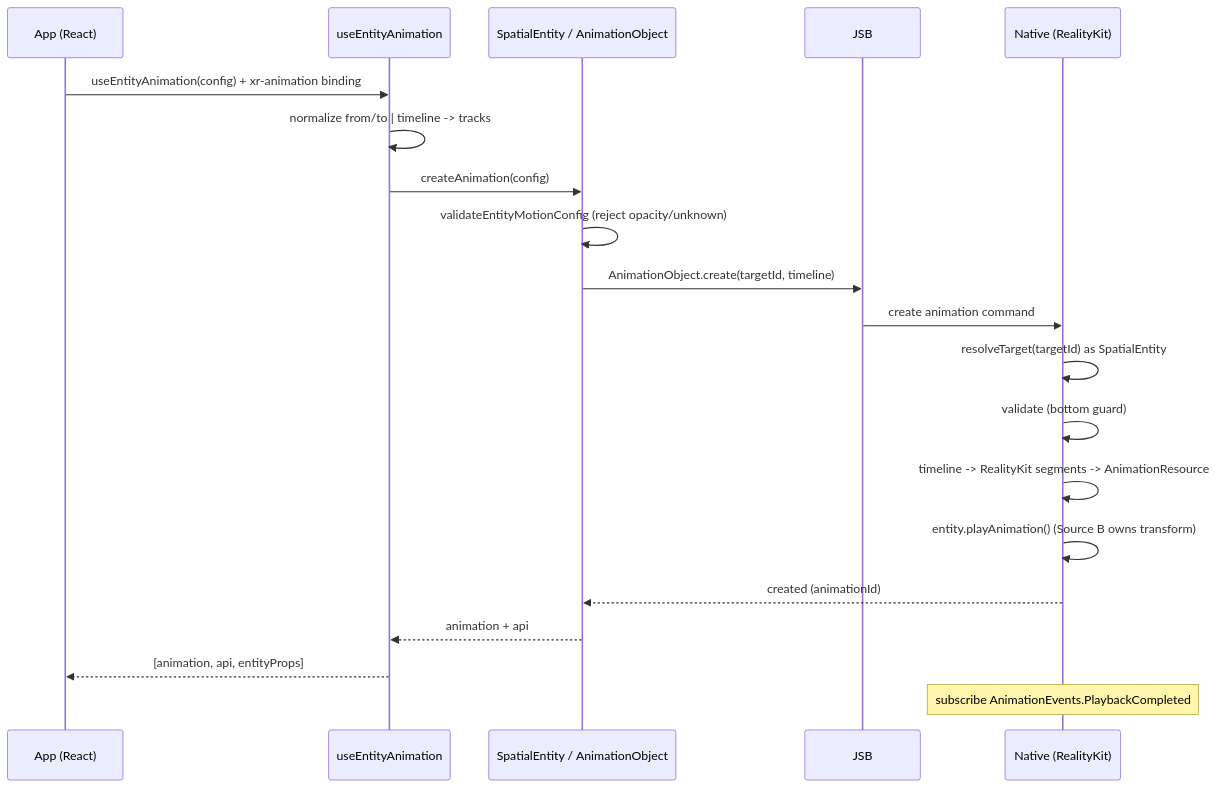
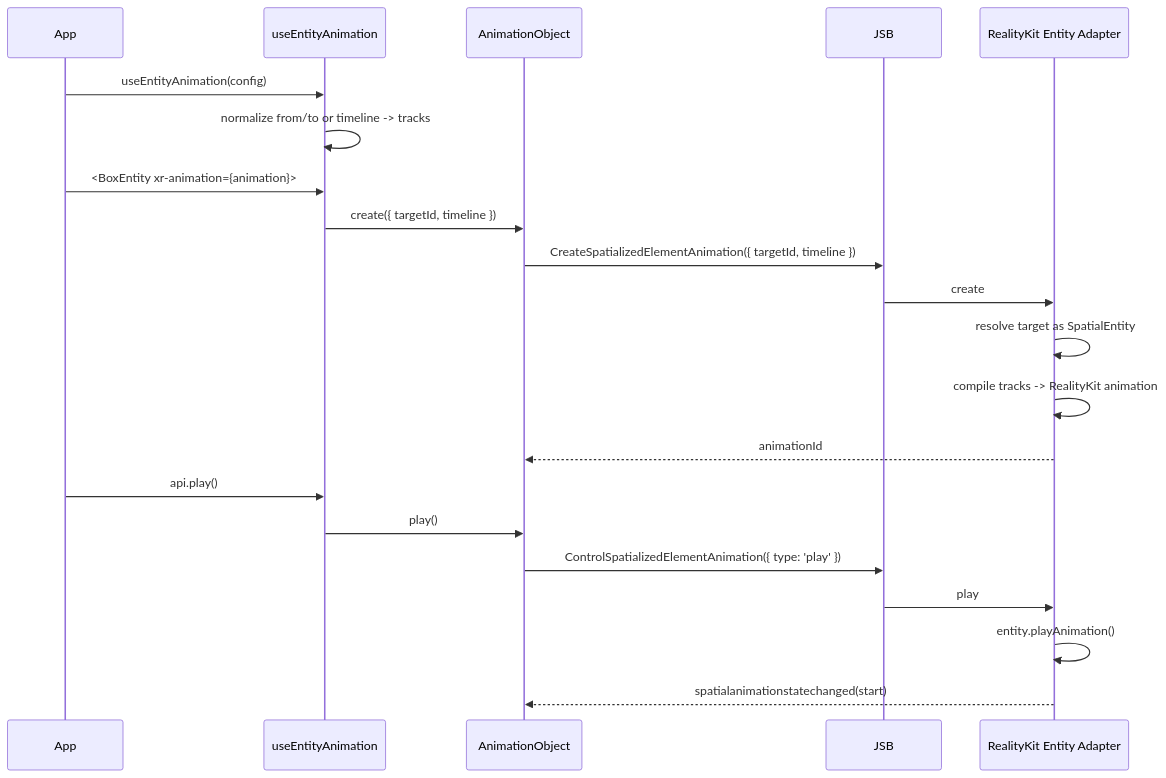
One commit to webspatial/webspatial-sdk changed the second of 4 diagrams in openspec/changes/redesign-entity-motion-api/design.md. Above: the diagram before and after it, drawn with Mermaid. The commit also changed other lines of this file and 1 other file, not shown here.

````diff
--- a/openspec/changes/redesign-entity-motion-api/design.md
+++ b/openspec/changes/redesign-entity-motion-api/design.md
@@ -222,23 +376,24 @@
 ```mermaid
 sequenceDiagram
-    participant App as App (React)
+    participant App
     participant Hook as useEntityAnimation
-    participant Core as SpatialEntity / AnimationObject
+    participant Obj as AnimationObject
     participant JSB
-    participant Native as Native (RealityKit)
+    participant Native as RealityKit Entity Adapter
 
-    App->>Hook: useEntityAnimation(config) + xr-animation binding
-    Hook->>Hook: normalize from/to | timeline -> tracks
-    Hook->>Core: createAnimation(config)
-    Core->>Core: validateEntityMotionConfig (reject opacity/unknown)
-    Core->>JSB: AnimationObject.create(targetId, timeline)
-    JSB->>Native: create animation command
-    Native->>Native: resolveTarget(targetId) as SpatialEntity
-    Native->>Native: validate (bottom guard)
-    Native->>Native: timeline -> RealityKit segments -> AnimationResource
-    Native->>Native: entity.playAnimation() (Source B owns transform)
-    Native-->>Core: created (animationId)
-    Core-->>Hook: animation + api
-    Hook-->>App: [animation, api, entityProps]
-    Note over Native: subscribe AnimationEvents.PlaybackCompleted
+    App->>Hook: useEntityAnimation(config)
+    Hook->>Hook: normalize from/to or timeline -> tracks
+    App->>Hook: <BoxEntity xr-animation={animation}>
+    Hook->>Obj: create({ targetId, timeline })
+    Obj->>JSB: CreateSpatializedElementAnimation({ targetId, timeline })
+    JSB->>Native: create
+    Native->>Native: resolve target as SpatialEntity
+    Native->>Native: compile tracks -> RealityKit animation
+    Native-->>Obj: animationId
+    App->>Hook: api.play()
+    Hook->>Obj: play()
+    Obj->>JSB: ControlSpatializedElementAnimation({ type: 'play' })
+    JSB->>Native: play
+    Native->>Native: entity.playAnimation()
+    Native-->>Obj: spatialanimationstatechanged(start)
 ```
````
